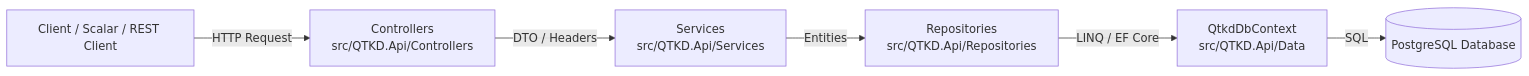
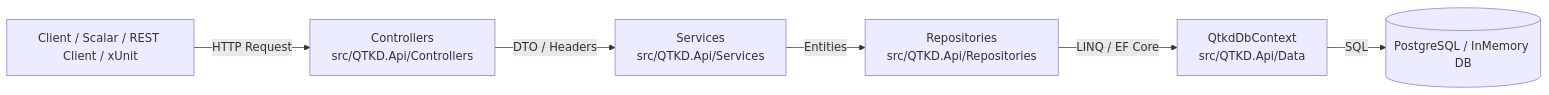
Before and after one commit to BrianNguyen2k5/23120295_QTKD: the diagram in README.md, drawn with Mermaid. The commit also changed other lines of this file, not shown here.

````diff
--- a/README.md
+++ b/README.md
@@ -39,8 +46,8 @@
 ```mermaid
 graph LR
-    Client[Client / Scalar / REST Client] -->|HTTP Request| Controller[Controllers<br/>src/QTKD.Api/Controllers]
+    Client[Client / Scalar / REST Client / xUnit] -->|HTTP Request| Controller[Controllers<br/>src/QTKD.Api/Controllers]
     Controller -->|DTO / Headers| Service[Services<br/>src/QTKD.Api/Services]
     Service -->|Entities| Repository[Repositories<br/>src/QTKD.Api/Repositories]
     Repository -->|LINQ / EF Core| DbContext[QtkdDbContext<br/>src/QTKD.Api/Data]
-    DbContext -->|SQL| DB[(PostgreSQL Database)]
+    DbContext -->|SQL| DB[(PostgreSQL / InMemory DB)]
 ```
````
